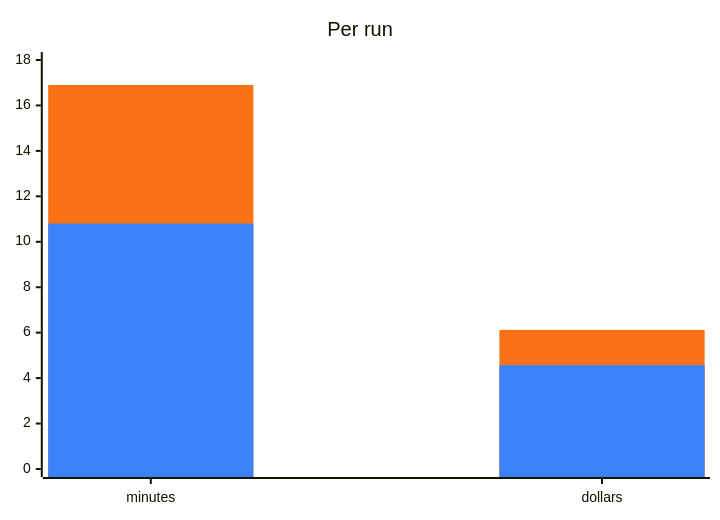
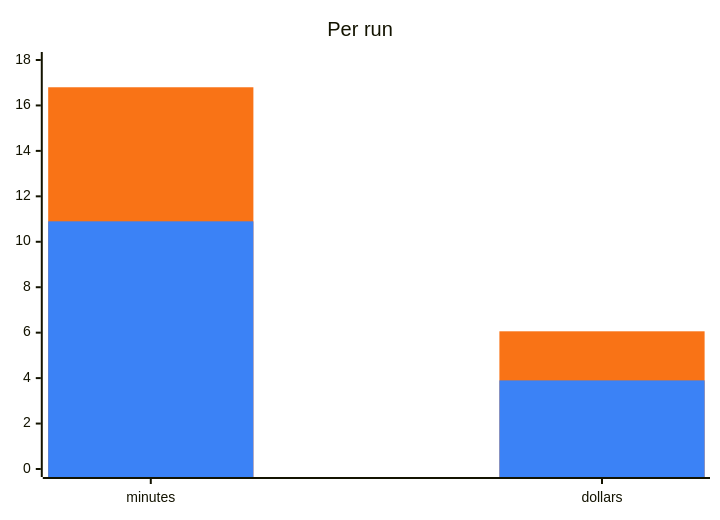
One commit to DyHex/POMWright changed the diagram in website/src/content/docs/skills/pomwright-map-site.md. Above: the diagram before and after it, drawn with Mermaid. The commit also changed other lines of this file and 5 other files, not shown here.

````diff
--- a/website/src/content/docs/skills/pomwright-map-site.md
+++ b/website/src/content/docs/skills/pomwright-map-site.md
@@ -55,9 +58,9 @@
 ```mermaid
 %%{init: {"themeVariables": {"xyChart": {"plotColorPalette": "#f97316, #3b82f6"}}}}%%
 xychart-beta
   title "Per run"
   x-axis ["minutes", "dollars"]
   y-axis 0 --> 18
-  bar [16.9, 6.12]
-  bar [10.8, 4.57]
+  bar [16.8, 6.06]
+  bar [10.9, 3.90]
 ```
````
